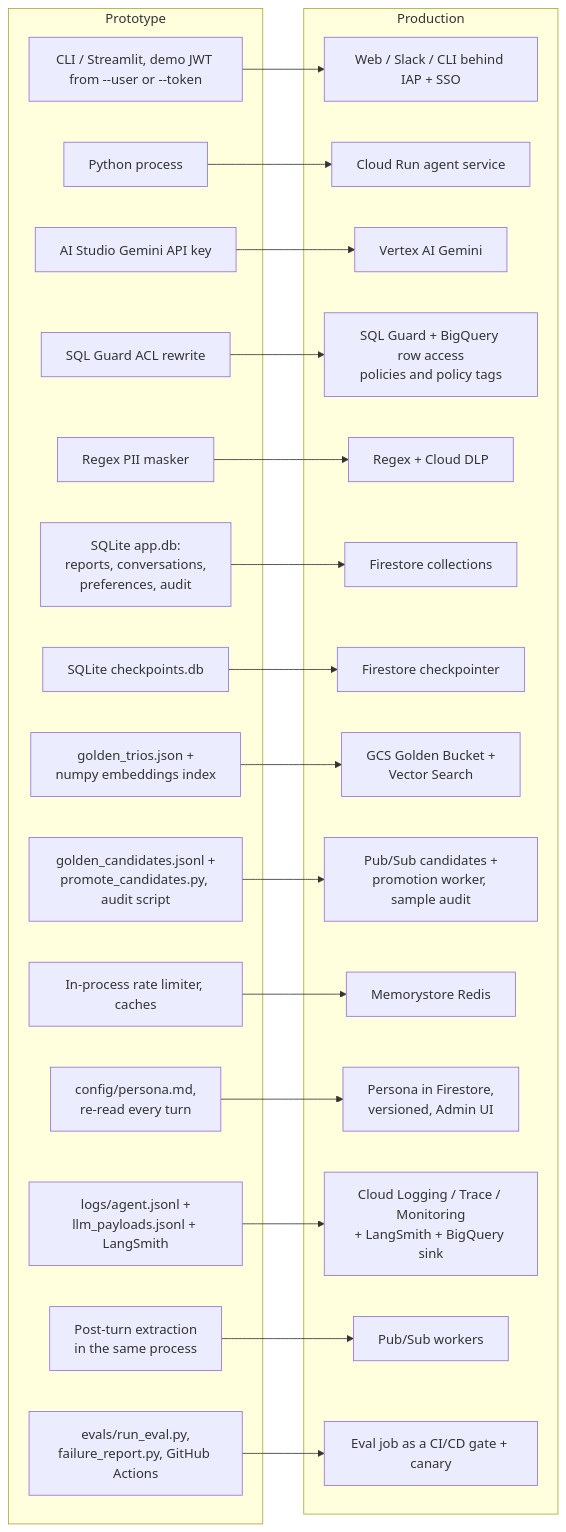
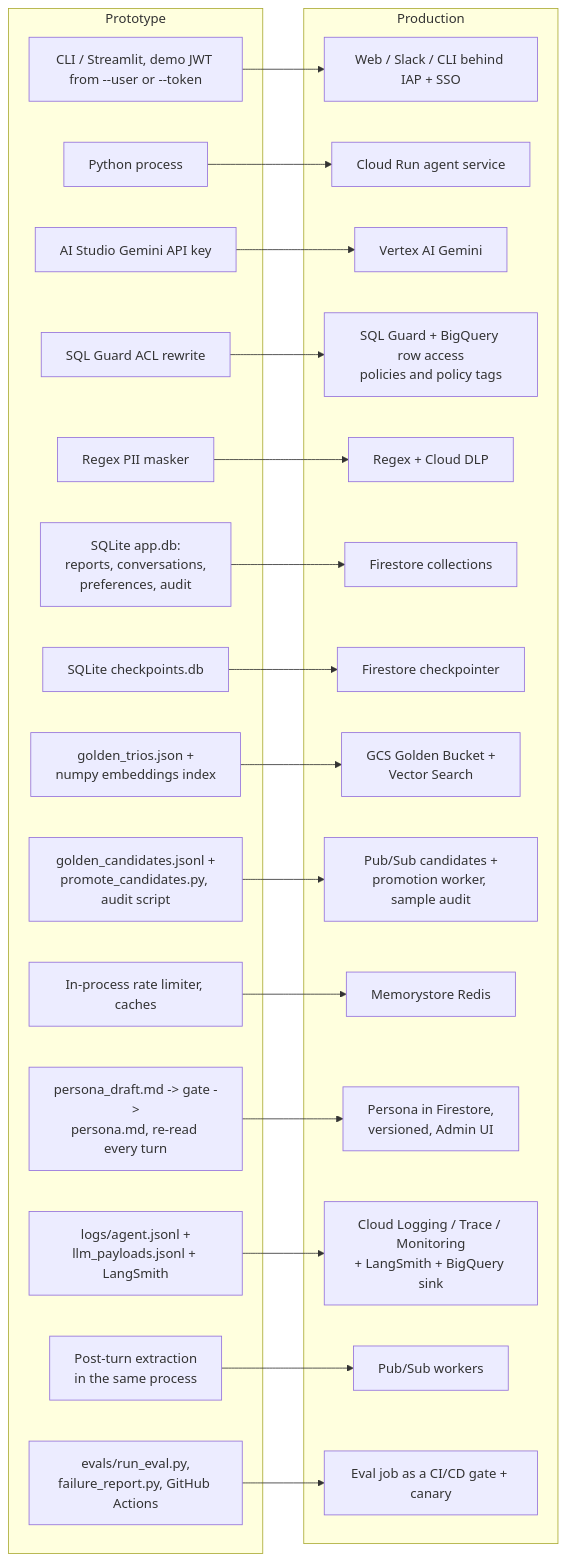
Before and after one commit to Justegoriy/guliaev-retail-agent: the sixth of 6 diagrams in docs/architecture.md, drawn with Mermaid. The commit also changed 5 other files, not shown here.

````diff
--- a/docs/architecture.md
+++ b/docs/architecture.md
@@ -417,49 +417,49 @@
 ```mermaid
 flowchart LR
     subgraph Prototype
         P1[CLI / Streamlit, demo JWT from --user or --token]
         P2[Python process]
         P3[AI Studio Gemini API key]
         P4[SQL Guard ACL rewrite]
         P5[Regex PII masker]
         P6[SQLite app.db:<br/>reports, conversations,<br/>preferences, audit]
         P7[SQLite checkpoints.db]
         P8[golden_trios.json +<br/>numpy embeddings index]
         P9[golden_candidates.jsonl +<br/>promote_candidates.py, audit script]
         P10[In-process rate limiter, caches]
-        P11[config/persona.md,<br/>re-read every turn]
+        P11[persona_draft.md -> gate -><br/>persona.md, re-read every turn]
         P12[logs/agent.jsonl +<br/>llm_payloads.jsonl + LangSmith]
         P13[Post-turn extraction<br/>in the same process]
         P14[evals/run_eval.py,<br/>failure_report.py, GitHub Actions]
     end
     subgraph Production
         R1[Web / Slack / CLI behind IAP + SSO]
         R2[Cloud Run agent service]
         R3[Vertex AI Gemini]
         R4[SQL Guard + BigQuery row access<br/>policies and policy tags]
         R5[Regex + Cloud DLP]
         R6[Firestore collections]
         R7[Firestore checkpointer]
         R8[GCS Golden Bucket +<br/>Vector Search]
         R9[Pub/Sub candidates +<br/>promotion worker, sample audit]
         R10[Memorystore Redis]
         R11[Persona in Firestore,<br/>versioned, Admin UI]
         R12[Cloud Logging / Trace / Monitoring<br/>+ LangSmith + BigQuery sink]
         R13[Pub/Sub workers]
         R14[Eval job as a CI/CD gate + canary]
     end
     P1 --> R1
     P2 --> R2
     P3 --> R3
     P4 --> R4
     P5 --> R5
     P6 --> R6
     P7 --> R7
     P8 --> R8
     P9 --> R9
     P10 --> R10
     P11 --> R11
     P12 --> R12
     P13 --> R13
     P14 --> R14
 ```
````
